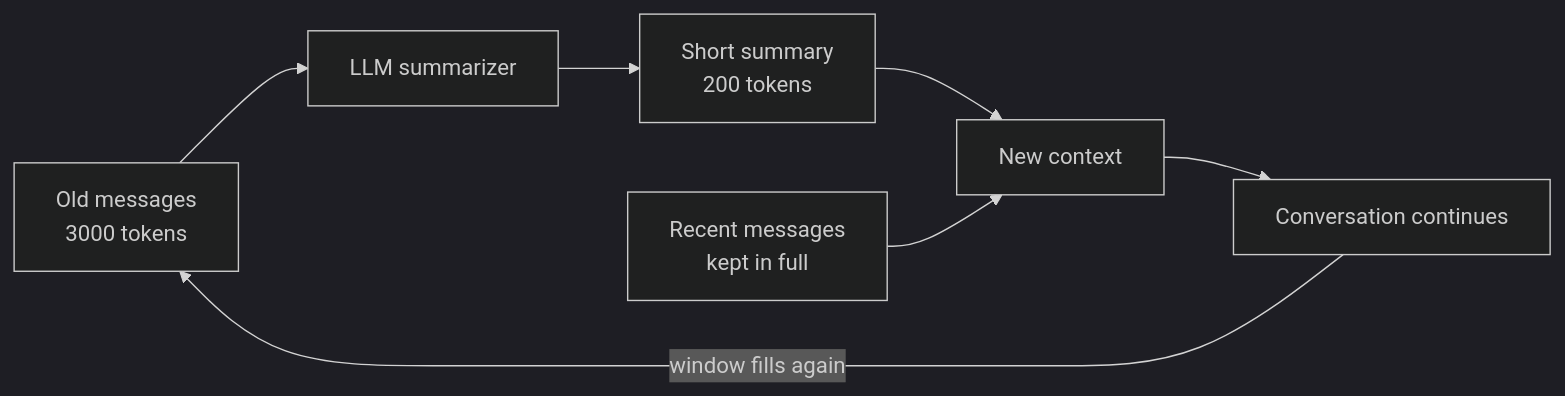
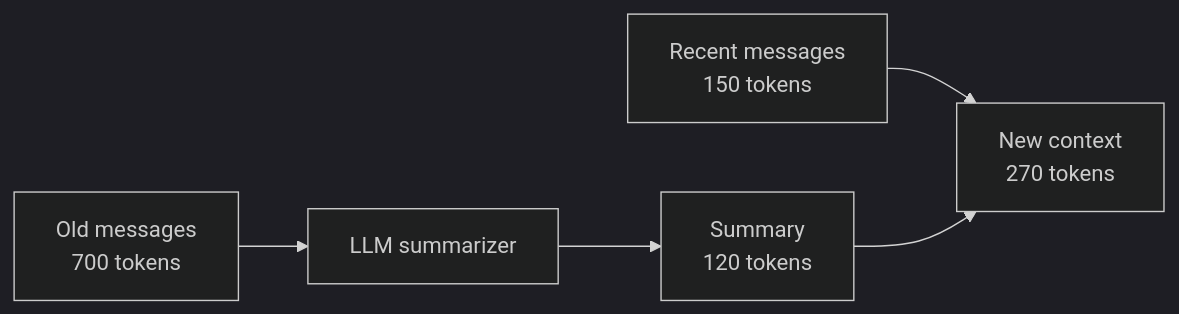
The first of 2 diagrams in notes/step-08-prompt-engineering-and-context-engineering/101-how-does-context-compaction-work.md (kaisarnajar/outcome-school-blogs), drawn with Mermaid (dark theme) before and after one commit. The commit also changed other lines of this file and 233 other files, not shown here.

````diff
--- a/notes/step-08-prompt-engineering-and-context-engineering/101-how-does-context-compaction-work.md
+++ b/notes/step-08-prompt-engineering-and-context-engineering/101-how-does-context-compaction-work.md
@@ -46,9 +46,7 @@
 ```mermaid
 flowchart LR
-    A["Old messages<br/>3000 tokens"] --> B["LLM summarizer"]
-    B --> C["Short summary<br/>200 tokens"]
-    C --> D["New context"]
-    E["Recent messages<br/>kept in full"] --> D
-    D --> F["Conversation continues"]
-    F -->|"window fills again"| A
+    A1["Old messages<br/>700 tokens"] --> B1["LLM summarizer"]
+    B1 --> C1["Summary<br/>120 tokens"]
+    D1["Recent messages<br/>150 tokens"] --> E1["New context<br/>270 tokens"]
+    C1 --> E1
 ```
````
